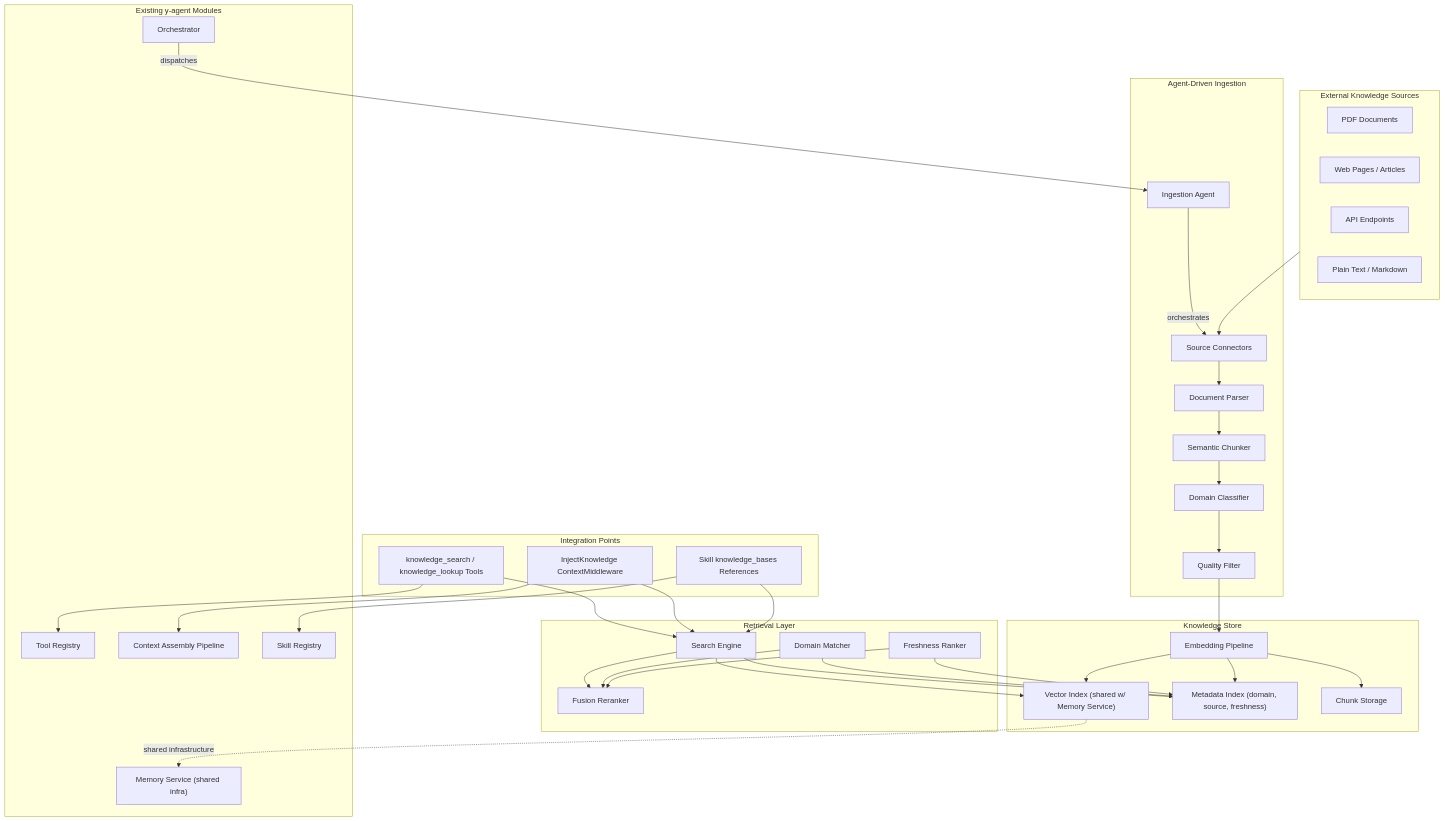
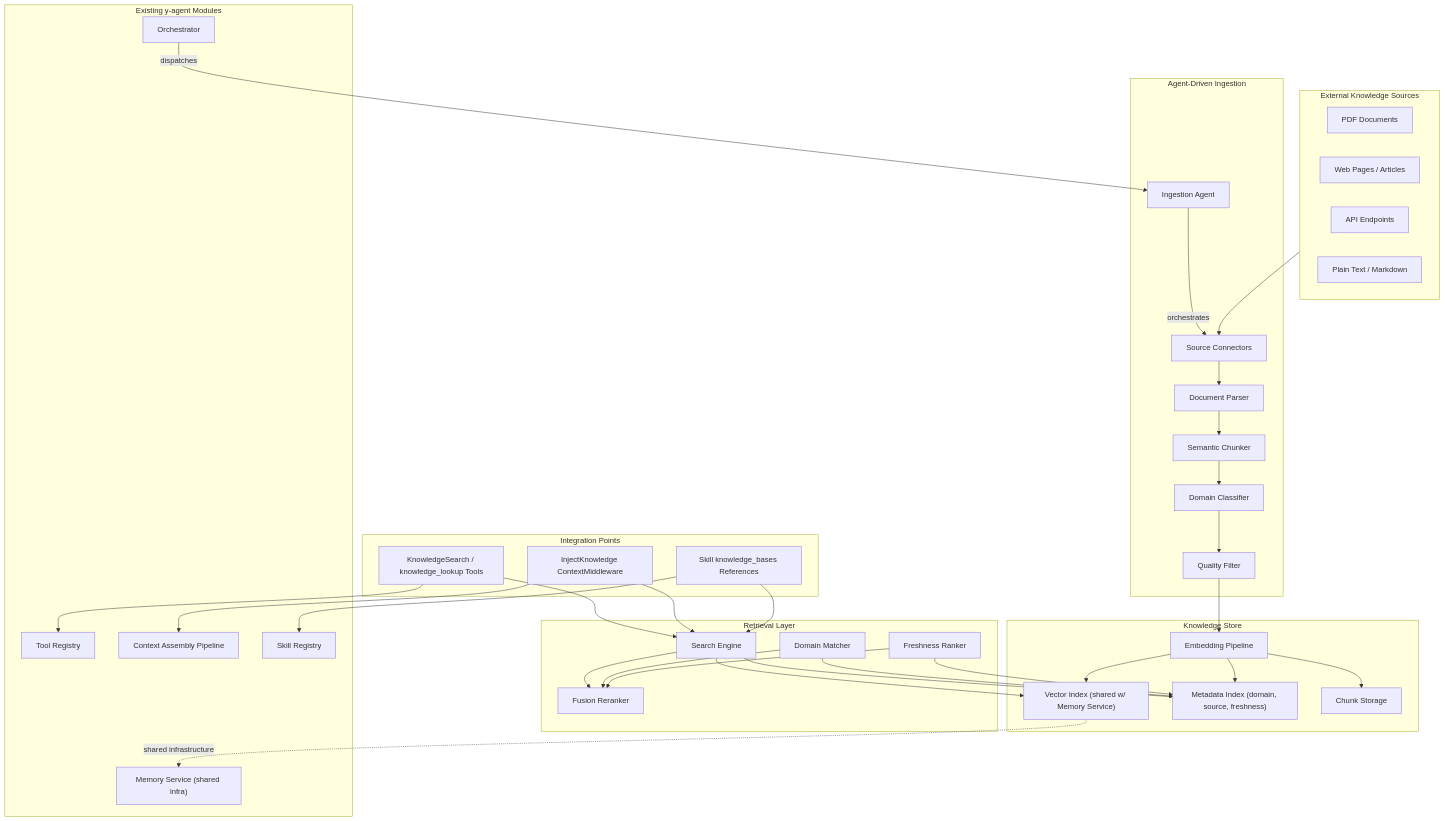
One commit to gorgiaxx/y-agent changed the first of 11 diagrams in docs/design/knowledge-base-design.md. Above: the diagram before and after it, drawn with Mermaid. The commit also changed other lines of this file and 41 other files, not shown here.

````diff
--- a/docs/design/knowledge-base-design.md
+++ b/docs/design/knowledge-base-design.md
@@ -95,77 +95,77 @@
 ```mermaid
 flowchart TB
     subgraph Sources["External Knowledge Sources"]
         PDF["PDF Documents"]
         Web["Web Pages / Articles"]
         API["API Endpoints"]
         Text["Plain Text / Markdown"]
     end
 
     subgraph Ingestion["Agent-Driven Ingestion"]
         IngAgent["Ingestion Agent"]
         SourceConn["Source Connectors"]
         Parser["Document Parser"]
         Chunker["Semantic Chunker"]
         Classifier["Domain Classifier"]
         QualityFilter["Quality Filter"]
     end
 
     subgraph KBStore["Knowledge Store"]
         Embedder["Embedding Pipeline"]
         VectorIdx["Vector Index (shared w/ Memory Service)"]
         MetaIdx["Metadata Index (domain, source, freshness)"]
         ChunkStore["Chunk Storage"]
     end
 
     subgraph Retrieval["Retrieval Layer"]
         SearchEngine["Search Engine"]
         DomainMatcher["Domain Matcher"]
         FreshRanker["Freshness Ranker"]
         FusionReranker["Fusion Reranker"]
     end
 
     subgraph Integration["Integration Points"]
-        KBTool["knowledge_search / knowledge_lookup Tools"]
+        KBTool["KnowledgeSearch / knowledge_lookup Tools"]
         KBMiddleware["InjectKnowledge ContextMiddleware"]
         SkillRef["Skill knowledge_bases References"]
     end
 
     subgraph Existing["Existing y-agent Modules"]
         MemService["Memory Service (shared infra)"]
         ToolReg["Tool Registry"]
         CtxPipeline["Context Assembly Pipeline"]
         SkillReg["Skill Registry"]
         Orchestrator["Orchestrator"]
     end
 
     Sources --> SourceConn
     SourceConn --> Parser
     Parser --> Chunker
     Chunker --> Classifier
     Classifier --> QualityFilter
     QualityFilter --> Embedder
     Embedder --> VectorIdx
     Embedder --> MetaIdx
     Embedder --> ChunkStore
 
     IngAgent -->|"orchestrates"| SourceConn
     Orchestrator -->|"dispatches"| IngAgent
 
     SearchEngine --> VectorIdx
     SearchEngine --> MetaIdx
     DomainMatcher --> MetaIdx
     FreshRanker --> MetaIdx
     SearchEngine --> FusionReranker
     DomainMatcher --> FusionReranker
     FreshRanker --> FusionReranker
 
     KBTool --> SearchEngine
     KBMiddleware --> SearchEngine
     SkillRef --> SearchEngine
 
     KBTool --> ToolReg
     KBMiddleware --> CtxPipeline
     SkillRef --> SkillReg
 
     VectorIdx -.->|"shared infrastructure"| MemService
 ```
````
